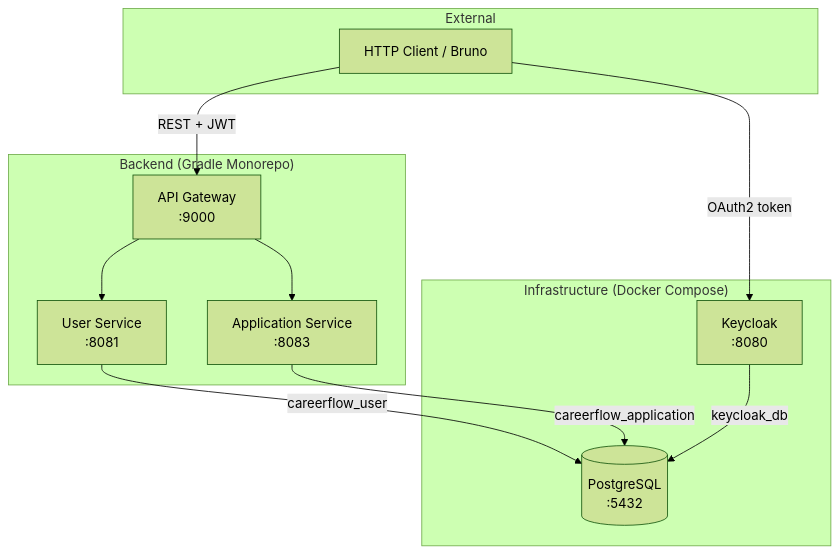
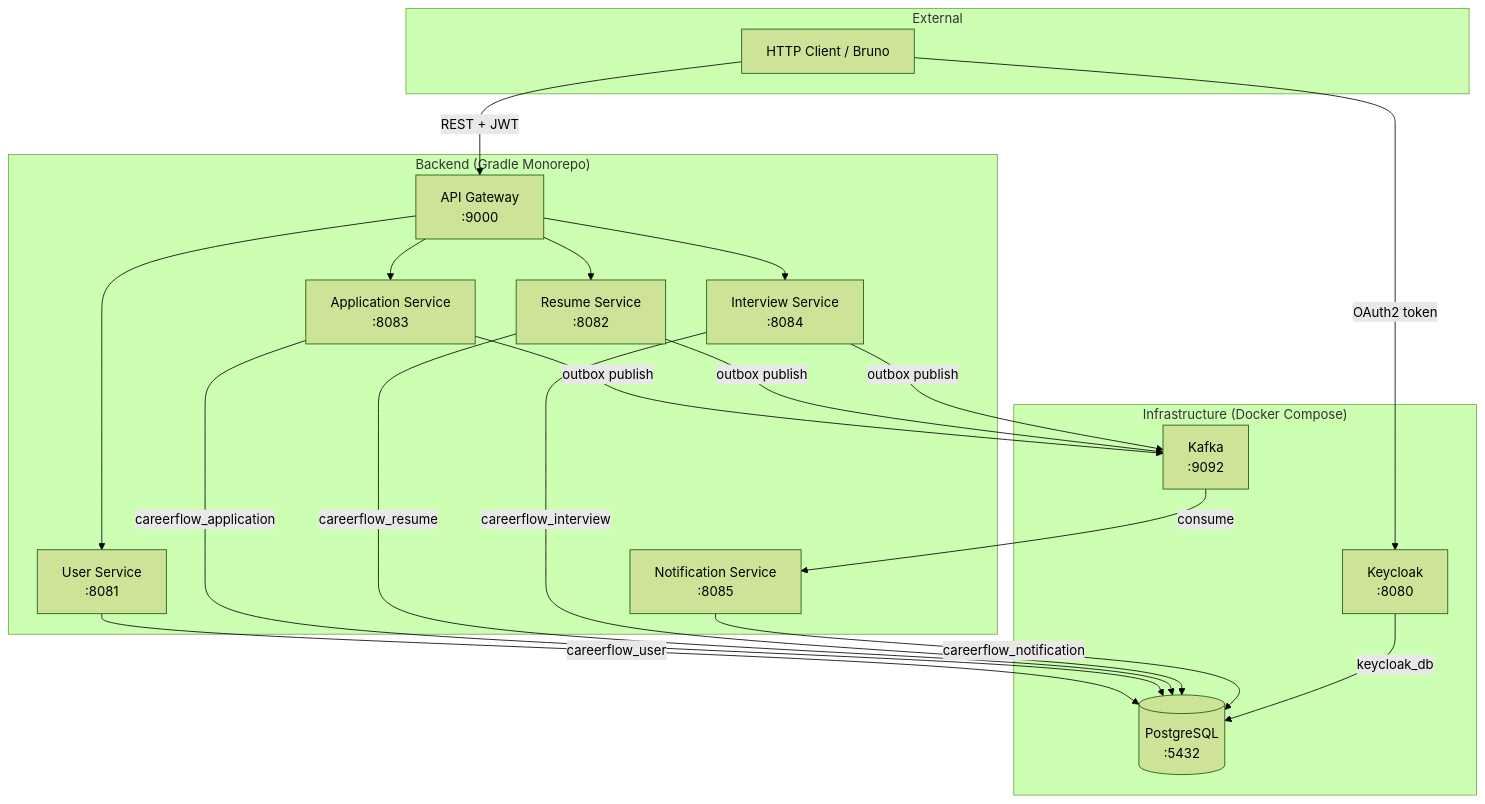
Before and after one commit to strike0702/careerflow: the first of 6 diagrams in docs/architecture.md, drawn with Mermaid (forest theme). The commit also changed other lines of this file and 159 other files, not shown here.

Commit message:
Phase 5 + 6 (added notification, resume and interview service)

````diff
--- a/docs/architecture.md
+++ b/docs/architecture.md
@@ -16,25 +16,38 @@
 ```mermaid
 graph TB
     subgraph External
         Client[HTTP Client / Bruno]
     end
 
     subgraph Infrastructure["Infrastructure (Docker Compose)"]
         KC[Keycloak<br/>:8080]
         PG[(PostgreSQL<br/>:5432)]
+        KF[Kafka<br/>:9092]
     end
 
     subgraph Backend["Backend (Gradle Monorepo)"]
         GW[API Gateway<br/>:9000]
         US[User Service<br/>:8081]
         AS[Application Service<br/>:8083]
+        RS[Resume Service<br/>:8082]
+        IS[Interview Service<br/>:8084]
+        NS[Notification Service<br/>:8085]
     end
 
     Client -->|OAuth2 token| KC
     Client -->|REST + JWT| GW
     GW --> US
     GW --> AS
+    GW --> RS
+    GW --> IS
     US -->|careerflow_user| PG
     AS -->|careerflow_application| PG
+    RS -->|careerflow_resume| PG
+    IS -->|careerflow_interview| PG
+    NS -->|careerflow_notification| PG
+    AS -->|outbox publish| KF
+    RS -->|outbox publish| KF
+    IS -->|outbox publish| KF
+    KF -->|consume| NS
     KC -->|keycloak_db| PG
 ```
````
